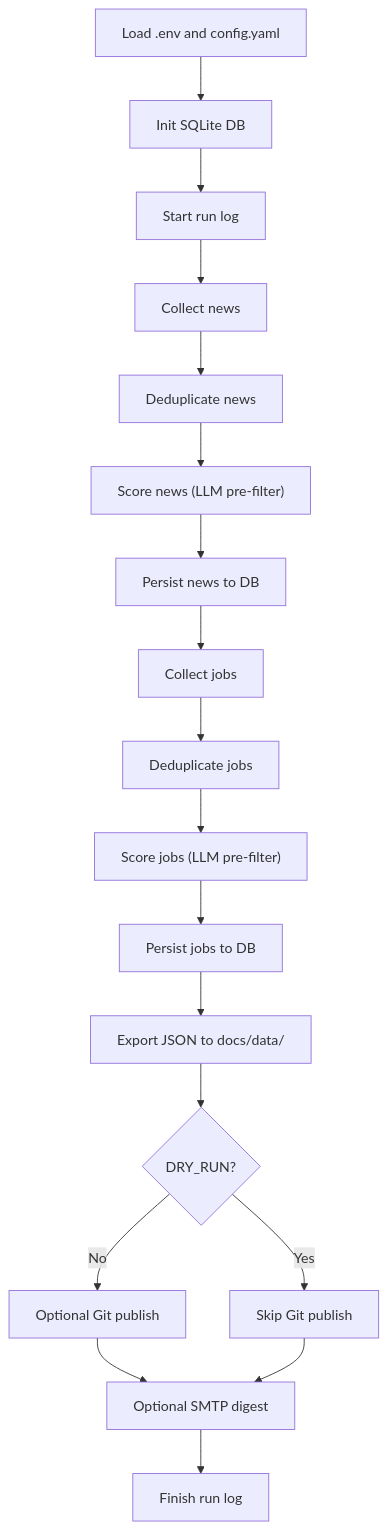
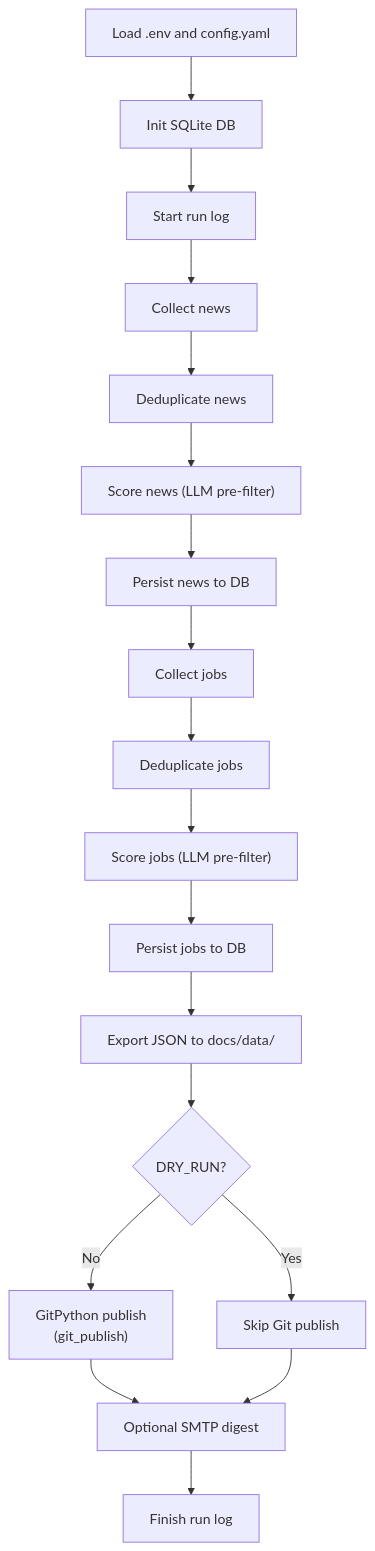
One commit to shakthi-vinayak/news changed the fifth of 9 diagrams in .qoder/repowiki/en/content/Automation and Deployment/Automation and Deployment.md. Above: the diagram before and after it, drawn with Mermaid. The commit also changed other lines of this file and 32 other files, not shown here.

````diff
--- a/.qoder/repowiki/en/content/Automation and Deployment/Automation and Deployment.md
+++ b/.qoder/repowiki/en/content/Automation and Deployment/Automation and Deployment.md
@@ -232,20 +246,20 @@
 ```mermaid
 flowchart TD
 A["Load .env and config.yaml"] --> B["Init SQLite DB"]
 B --> C["Start run log"]
 C --> D["Collect news"]
 D --> E["Deduplicate news"]
 E --> F["Score news (LLM pre-filter)"]
 F --> G["Persist news to DB"]
 G --> H["Collect jobs"]
 H --> I["Deduplicate jobs"]
 I --> J["Score jobs (LLM pre-filter)"]
 J --> K["Persist jobs to DB"]
 K --> L["Export JSON to docs/data/"]
 L --> M{"DRY_RUN?"}
-M --> |No| N["Optional Git publish"]
+M --> |No| N["GitPython publish<br/>(git_publish)"]
 M --> |Yes| O["Skip Git publish"]
 N --> P["Optional SMTP digest"]
 O --> P
 P --> Q["Finish run log"]
 ```
````
